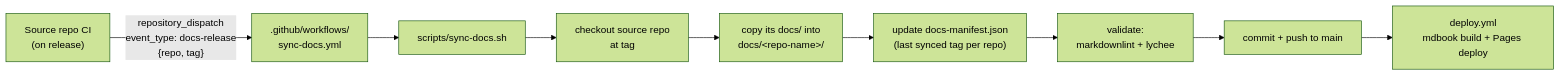
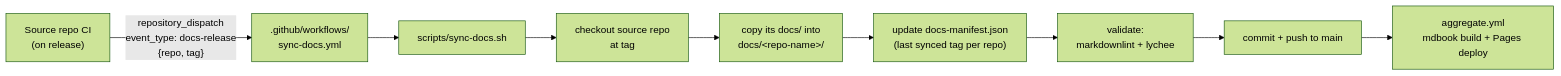
The second of 2 diagrams in docs/sync-architecture.md (ai-agent-assembly/docs), drawn with Mermaid (forest theme) before and after one commit. The commit also changed other lines of this file and 1 other file, not shown here.

First line of the commit message:
📝 (docs): Complete deploy.yml → aggregate.yml rename in documentation

````diff
--- a/docs/sync-architecture.md
+++ b/docs/sync-architecture.md
@@ -88,11 +88,11 @@
 ```mermaid
 flowchart LR
     R["Source repo CI<br/>(on release)"] -->|"repository_dispatch<br/>event_type: docs-release<br/>{repo, tag}"| W[".github/workflows/<br/>sync-docs.yml"]
     W --> S["scripts/sync-docs.sh"]
     S --> C1["checkout source repo<br/>at tag"]
     C1 --> C2["copy its docs/ into<br/>docs/&lt;repo-name&gt;/"]
     C2 --> C3["update docs-manifest.json<br/>(last synced tag per repo)"]
     C3 --> V["validate:<br/>markdownlint + lychee"]
     V --> P["commit + push to main"]
-    P --> B["deploy.yml<br/>mdbook build + Pages deploy"]
+    P --> B["aggregate.yml<br/>mdbook build + Pages deploy"]
 ```
````
